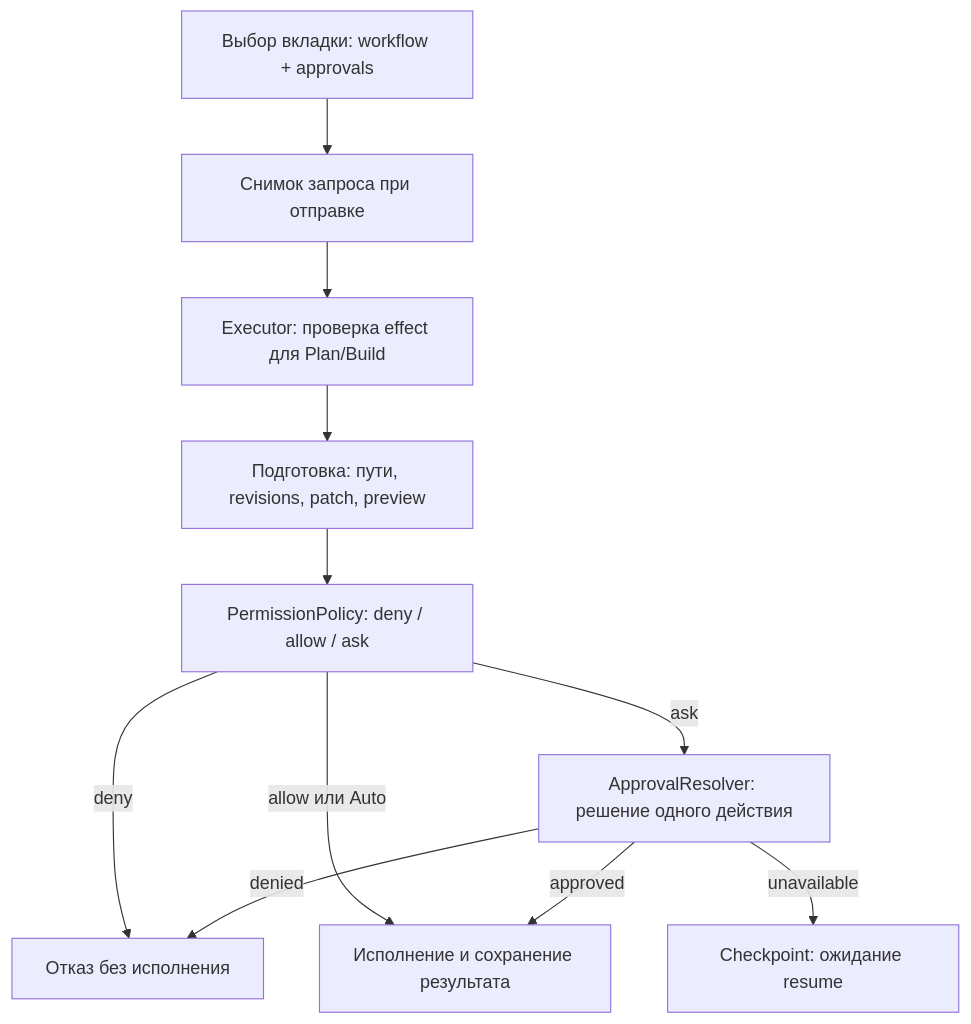
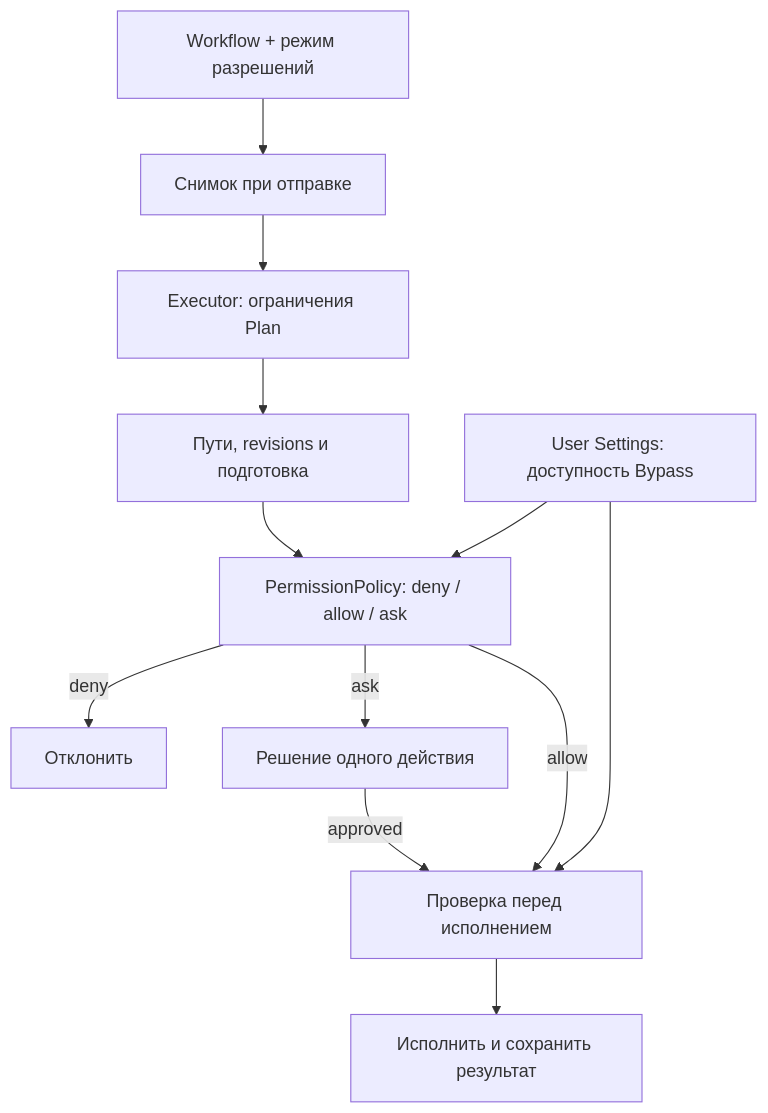
Before and after one commit to TheAsrada/ChiselCode: the diagram in docs/permissions.md, drawn with Mermaid. The commit also changed other lines of this file and 39 other files, not shown here.

Commit message:
feat: add permission modes and opt-in bypass settings

````diff
--- a/docs/permissions.md
+++ b/docs/permissions.md
@@ -42,13 +63,14 @@
 ```mermaid
 flowchart TD
-  Selection[Выбор вкладки: workflow + approvals] --> Snapshot[Снимок запроса при отправке]
-  Snapshot --> Mode[Executor: проверка effect для Plan/Build]
-  Mode --> Prepare[Подготовка: пути, revisions, patch, preview]
+  Selection[Workflow + режим разрешений] --> Snapshot[Снимок при отправке]
+  Snapshot --> Mode[Executor: ограничения Plan]
+  Mode --> Prepare[Пути, revisions и подготовка]
   Prepare --> Policy[PermissionPolicy: deny / allow / ask]
-  Policy -->|deny| Reject[Отказ без исполнения]
-  Policy -->|allow или Auto| Execute[Исполнение и сохранение результата]
-  Policy -->|ask| Dialog[ApprovalResolver: решение одного действия]
-  Dialog -->|approved| Execute
-  Dialog -->|denied| Reject
-  Dialog -->|unavailable| Pending[Checkpoint: ожидание resume]
+  Settings[User Settings: доступность Bypass] --> Policy
+  Policy -->|deny| Reject[Отклонить]
+  Policy -->|ask| Dialog[Решение одного действия]
+  Dialog -->|approved| Recheck[Проверка перед исполнением]
+  Policy -->|allow| Recheck
+  Settings --> Recheck
+  Recheck --> Execute[Исполнить и сохранить результат]
 ```
````
